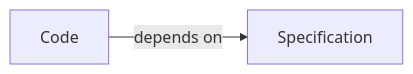
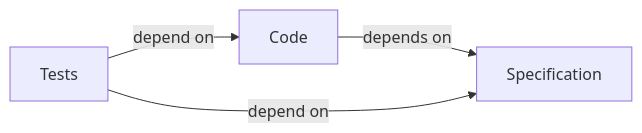
Before and after one commit to sd4483/Obsidian: the diagram in Software Testing/Introduction to Software Testing.md, drawn with Mermaid. The commit also changed other lines of this file and 1 other file, not shown here.

Commit message:
vault backup: 2023-02-27 16:05:20

````diff
--- a/Software Testing/Introduction to Software Testing.md
+++ b/Software Testing/Introduction to Software Testing.md
@@ -47,6 +47,6 @@
 	```mermaid
 	flowchart LR
 		C[Code] -- depends on --> S[Specification]
-		
-		
+		T[Tests] -- depend on --> C
+		T -- depend on --> S
 	```
````
